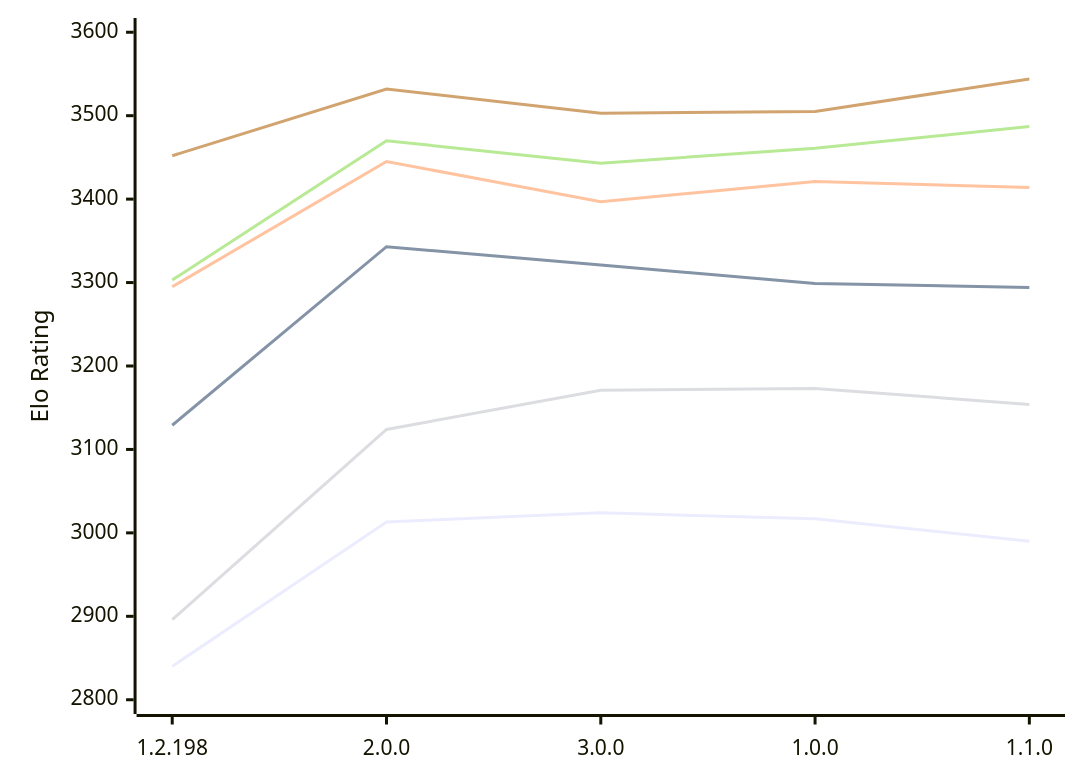
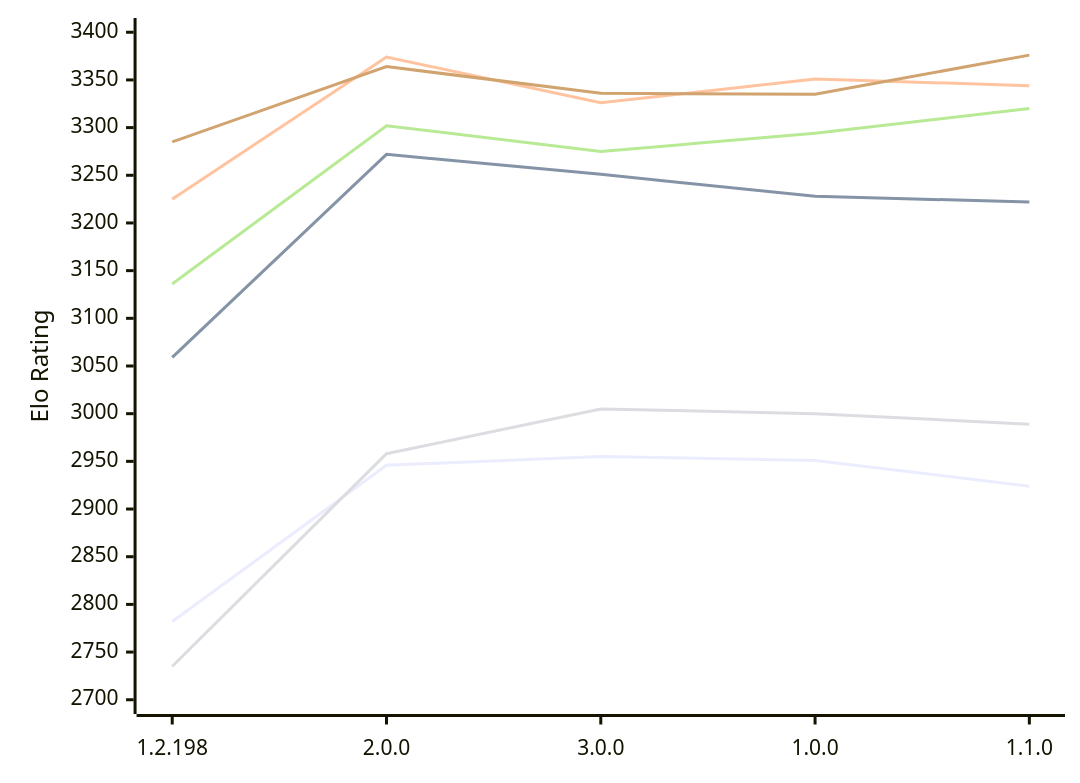
One commit to computer-chess-index/cci changed the diagram in engines/Trebuchet.md. Above: the diagram before and after it, drawn with Mermaid. The commit also changed other lines of this file, not shown here.

Commit message:
Update CCI Ratings (ELO VLTC) - 2026-11-13

````diff
--- a/engines/Trebuchet.md
+++ b/engines/Trebuchet.md
@@ -55,12 +55,12 @@
 ```mermaid
 %%{init: {"theme":"base","themeVariables":{"seriesColors:['#a3a3a3','#222221','#faa371']}}}%%
 xychart-beta
   x-axis ["1.2.198", "2.0.0", "3.0.0", "1.0.0", "1.1.0"]
-  y-axis "Elo Rating" 2800 --> 3600
-  line "E1: STC (8.0+0.08s)" [2840, 3013, 3024, 3017, 2990]
-  line "E1: LTC (60.0+0.60s)" [3129, 3343, 3321, 3299, 3294]
-  line "E1: VLTC (2m24s+1.12s)" [3295, 3445, 3397, 3421, 3414]
-  line "P1: STC (8.0+0.08s)" [2896, 3124, 3171, 3173, 3154]
-  line "P1: LTC (60.0+0.60s)" [3303, 3470, 3443, 3461, 3487]
-  line "P1: VLTC (2m24s+1.12s)" [3452, 3532, 3503, 3505, 3544]
+  y-axis "Elo Rating" 2700 --> 3400
+  line "E1: STC (8.0+0.08s)" [2782, 2946, 2955, 2951, 2924]
+  line "E1: LTC (60.0+0.60s)" [3059, 3272, 3251, 3228, 3222]
+  line "E1: VLTC (2m24s+1.12s)" [3225, 3374, 3326, 3351, 3344]
+  line "P1: STC (8.0+0.08s)" [2735, 2958, 3005, 3000, 2989]
+  line "P1: LTC (60.0+0.60s)" [3136, 3302, 3275, 3294, 3320]
+  line "P1: VLTC (2m24s+1.12s)" [3285, 3364, 3336, 3335, 3376]
 ```
````
